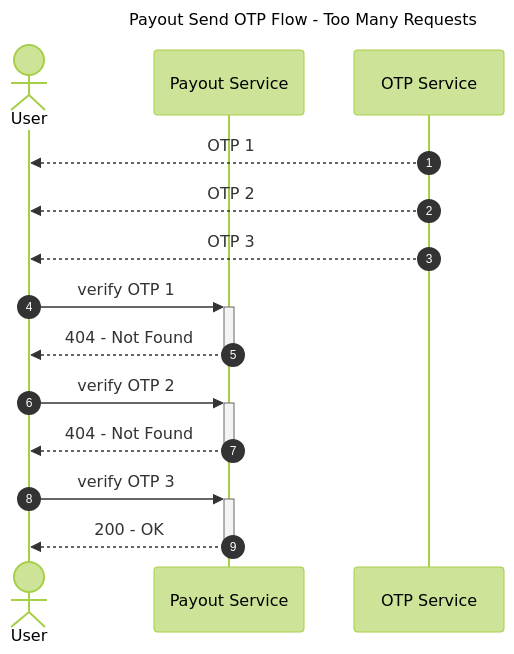
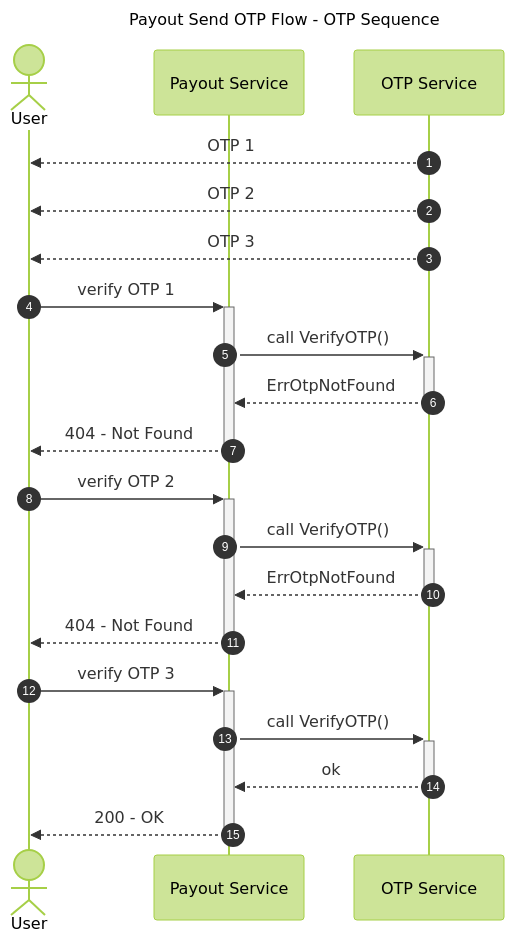
Before and after one commit to alextanhongpin/go-service-oriented-package: the fourth of 5 diagrams in app/otpsvc/README.md, drawn with Mermaid (forest theme). The commit also changed other lines of this file and 1 other file, not shown here.

````diff
--- a/app/otpsvc/README.md
+++ b/app/otpsvc/README.md
@@ -105,24 +123,30 @@
 ```mermaid
 ---
-title: Payout Send OTP Flow - Too Many Requests
+title: Payout Send OTP Flow - OTP Sequence
 ---
 sequenceDiagram
 	autonumber
 
 	actor p0 as User
 	participant svc0 as Payout Service
 	participant svc1 as OTP Service
 
 	svc1 -->> p0: OTP 1
 	svc1 -->> p0: OTP 2
 	svc1 -->> p0: OTP 3
 
 	p0 ->>+ svc0: verify OTP 1
+	svc0 ->>+ svc1: call VerifyOTP()
+	svc1 -->>- svc0: ErrOtpNotFound
 	svc0 -->>- p0: 404 - Not Found
 
 	p0 ->>+ svc0: verify OTP 2
+	svc0 ->>+ svc1: call VerifyOTP()
+	svc1 -->>- svc0: ErrOtpNotFound
 	svc0 -->>- p0: 404 - Not Found
 
 	p0 ->>+ svc0: verify OTP 3
+	svc0 ->>+ svc1: call VerifyOTP()
+	svc1 -->>- svc0: ok
 	svc0 -->>- p0: 200 - OK
 ```
````
